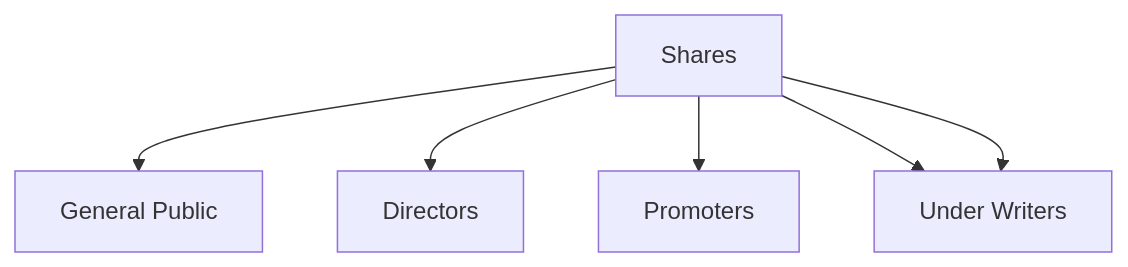
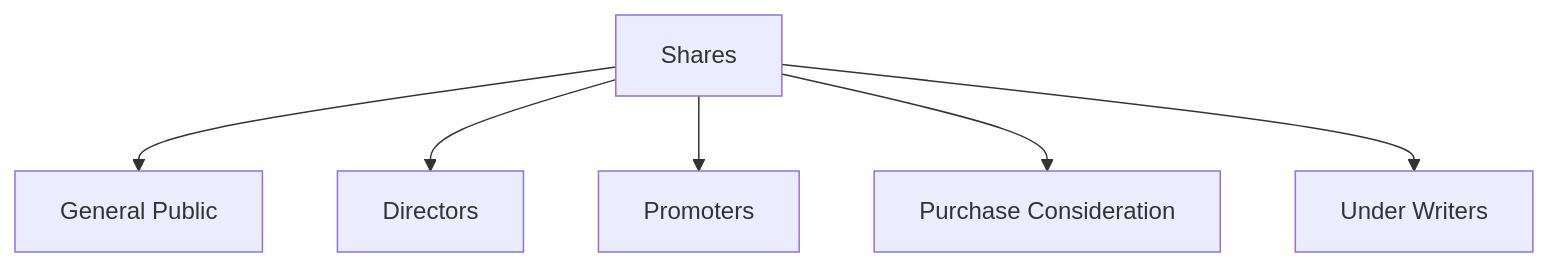
One commit to engradeelnayyar/engradeelnayyar changed the first of 2 diagrams in accountingsharecapital.md. Above: the diagram before and after it, drawn with Mermaid.

````diff
--- a/accountingsharecapital.md
+++ b/accountingsharecapital.md
@@ -5,11 +5,11 @@
 ```mermaid
 
 graph TD
 
 A[Shares]-->B[General Public]
 A[Shares]-->C[Directors]
 A[Shares]-->D[Promoters]
 A[Shares]-->E[Purchase Consideration]
-A[Shares]-->E[Under Writers]
+A[Shares]-->F[Under Writers]
 
 ```
````
